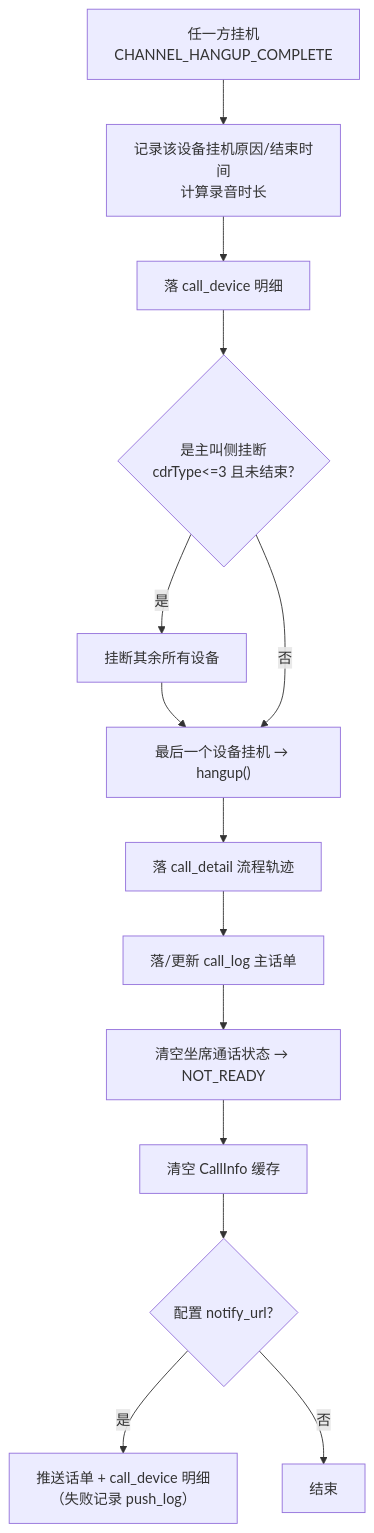
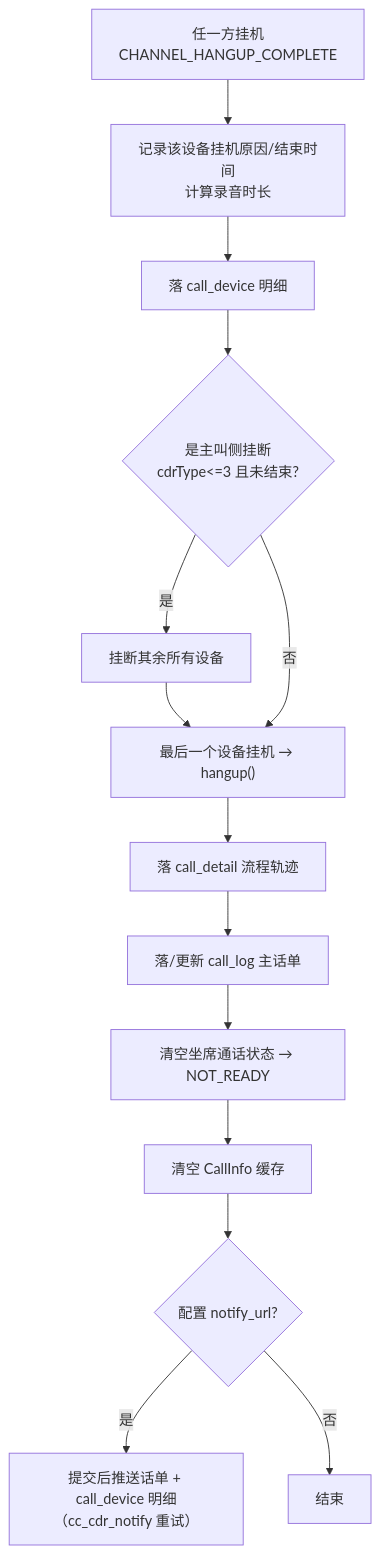
The eighth of 9 diagrams in docs/02-业务流程.md (dongjb741280/ai-call-center), drawn with Mermaid before and after one commit. The commit also changed other lines of this file and 5 other files, not shown here.

````diff
--- a/docs/02-业务流程.md
+++ b/docs/02-业务流程.md
@@ -289,16 +289,16 @@
 ```mermaid
 flowchart TD
     A[任一方挂机<br/>CHANNEL_HANGUP_COMPLETE] --> B["记录该设备挂机原因/结束时间<br/>计算录音时长"]
     B --> C["落 call_device 明细"]
     C --> D{"是主叫侧挂断<br/>cdrType<=3 且未结束?"}
     D -- 是 --> E["挂断其余所有设备"]
     E --> F["最后一个设备挂机 → hangup()"]
     D -- 否 --> F
     F --> G["落 call_detail 流程轨迹"]
     G --> H["落/更新 call_log 主话单"]
     H --> I["清空坐席通话状态 → NOT_READY"]
     I --> J["清空 CallInfo 缓存"]
     J --> K{"配置 notify_url?"}
-    K -- 是 --> L["推送话单 + call_device 明细<br/>（失败记录 push_log）"]
+    K -- 是 --> L["提交后推送话单 + call_device 明细<br/>（cc_cdr_notify 重试）"]
     K -- 否 --> M[结束]
 ```
````
